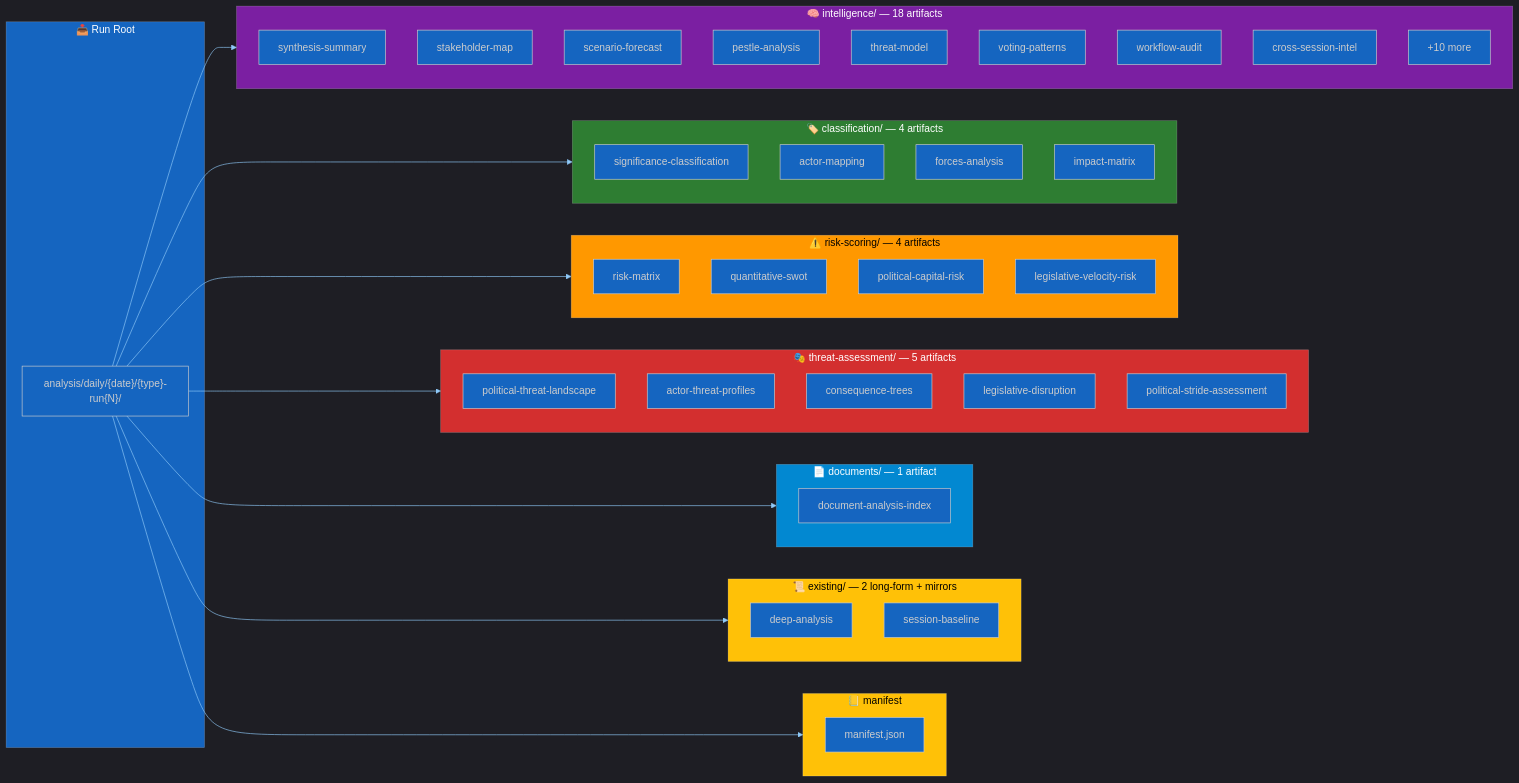
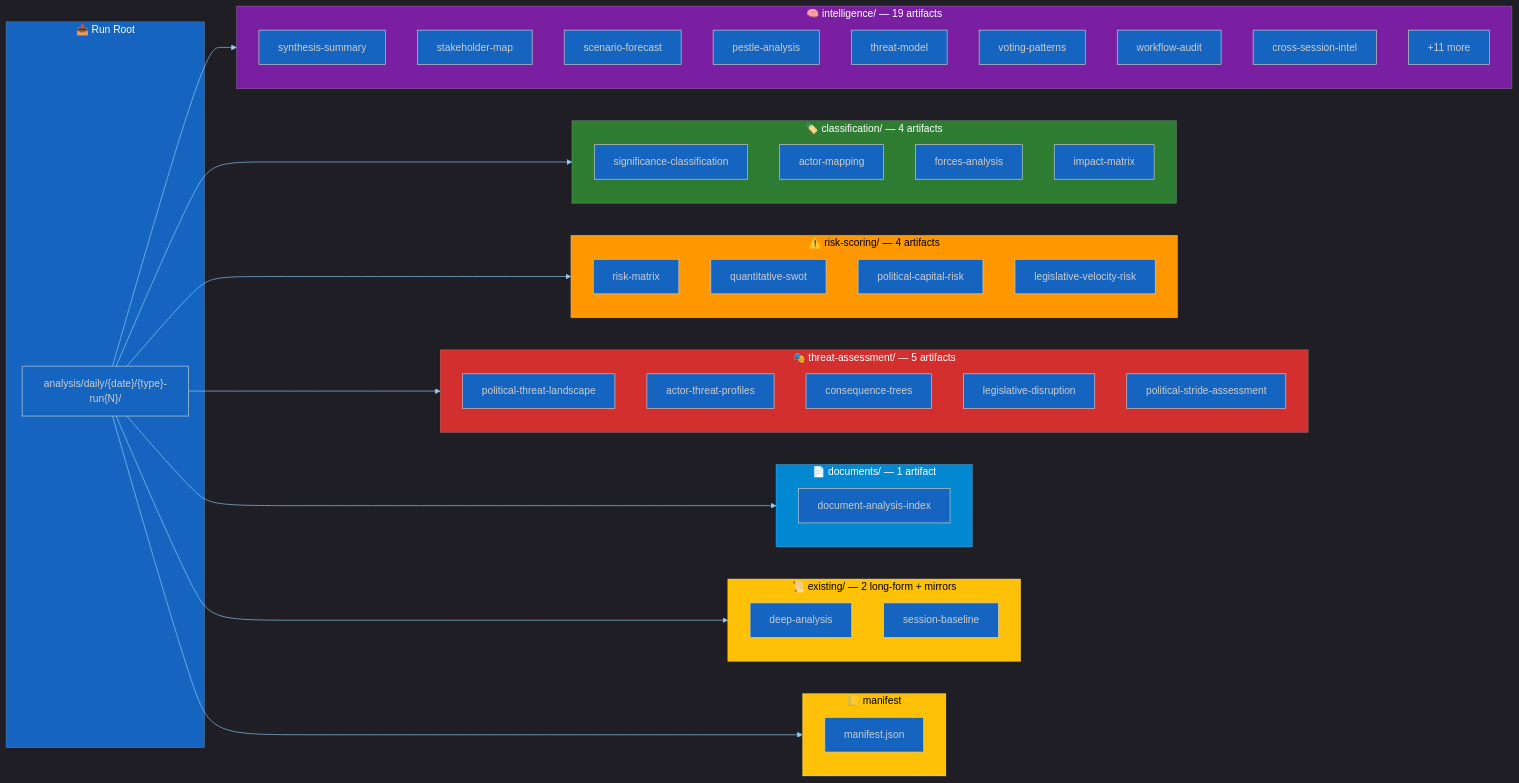
One commit to Hack23/euparliamentmonitor changed the diagram in analysis/methodologies/artifact-catalog.md. Above: the diagram before and after it, drawn with Mermaid. The commit also changed other lines of this file and 10 other files, not shown here.

````diff
--- a/analysis/methodologies/artifact-catalog.md
+++ b/analysis/methodologies/artifact-catalog.md
@@ -44,64 +44,64 @@
 ```mermaid
 %%{init: {"theme":"dark","themeVariables":{"primaryColor":"#1565C0","primaryTextColor":"#ffffff","primaryBorderColor":"#0A3F7F","lineColor":"#90CAF9","secondaryColor":"#2E7D32","secondaryTextColor":"#ffffff","tertiaryColor":"#FF9800","tertiaryTextColor":"#000000","mainBkg":"#1565C0","secondBkg":"#2E7D32","tertiaryBkg":"#FF9800","noteBkgColor":"#FFC107","noteTextColor":"#000000","errorBkgColor":"#D32F2F","fontFamily":"Inter, Helvetica, Arial, sans-serif"}}}%%
 flowchart LR
     subgraph INPUT["📥 Run Root"]
         R["analysis/daily/{date}/{type}-run{N}/"]
     end
-    subgraph INTEL["🧠 intelligence/ — 18 artifacts"]
+    subgraph INTEL["🧠 intelligence/ — 19 artifacts"]
         I1["synthesis-summary"]
         I2["stakeholder-map"]
         I3["scenario-forecast"]
         I4["pestle-analysis"]
         I5["threat-model"]
         I6["voting-patterns"]
         I7["workflow-audit"]
         I8["cross-session-intel"]
-        I9["+10 more"]
+        I9["+11 more"]
     end
     subgraph CLASS["🏷️ classification/ — 4 artifacts"]
         C1["significance-classification"]
         C2["actor-mapping"]
         C3["forces-analysis"]
         C4["impact-matrix"]
     end
     subgraph RISK["⚠️ risk-scoring/ — 4 artifacts"]
         K1["risk-matrix"]
         K2["quantitative-swot"]
         K3["political-capital-risk"]
         K4["legislative-velocity-risk"]
     end
     subgraph THREAT["🎭 threat-assessment/ — 5 artifacts"]
         T1["political-threat-landscape"]
         T2["actor-threat-profiles"]
         T3["consequence-trees"]
         T4["legislative-disruption"]
         T5["political-stride-assessment"]
     end
     subgraph DOCS["📄 documents/ — 1 artifact"]
         D1["document-analysis-index"]
     end
     subgraph LEG["📜 existing/ — 2 long-form + mirrors"]
         L1["deep-analysis"]
         L2["session-baseline"]
     end
     subgraph META["📒 manifest"]
         M1["manifest.json"]
     end
 
     R --> INTEL
     R --> CLASS
     R --> RISK
     R --> THREAT
     R --> DOCS
     R --> LEG
     R --> META
 
     style INPUT fill:#1565C0,color:#ffffff
     style INTEL fill:#7B1FA2,color:#ffffff
     style CLASS fill:#2E7D32,color:#ffffff
     style RISK fill:#FF9800,color:#000000
     style THREAT fill:#D32F2F,color:#ffffff
     style LEG fill:#FFC107,color:#000000
     style DOCS fill:#0288D1,color:#ffffff
     style META fill:#FFC107,color:#000000
 ```
````
